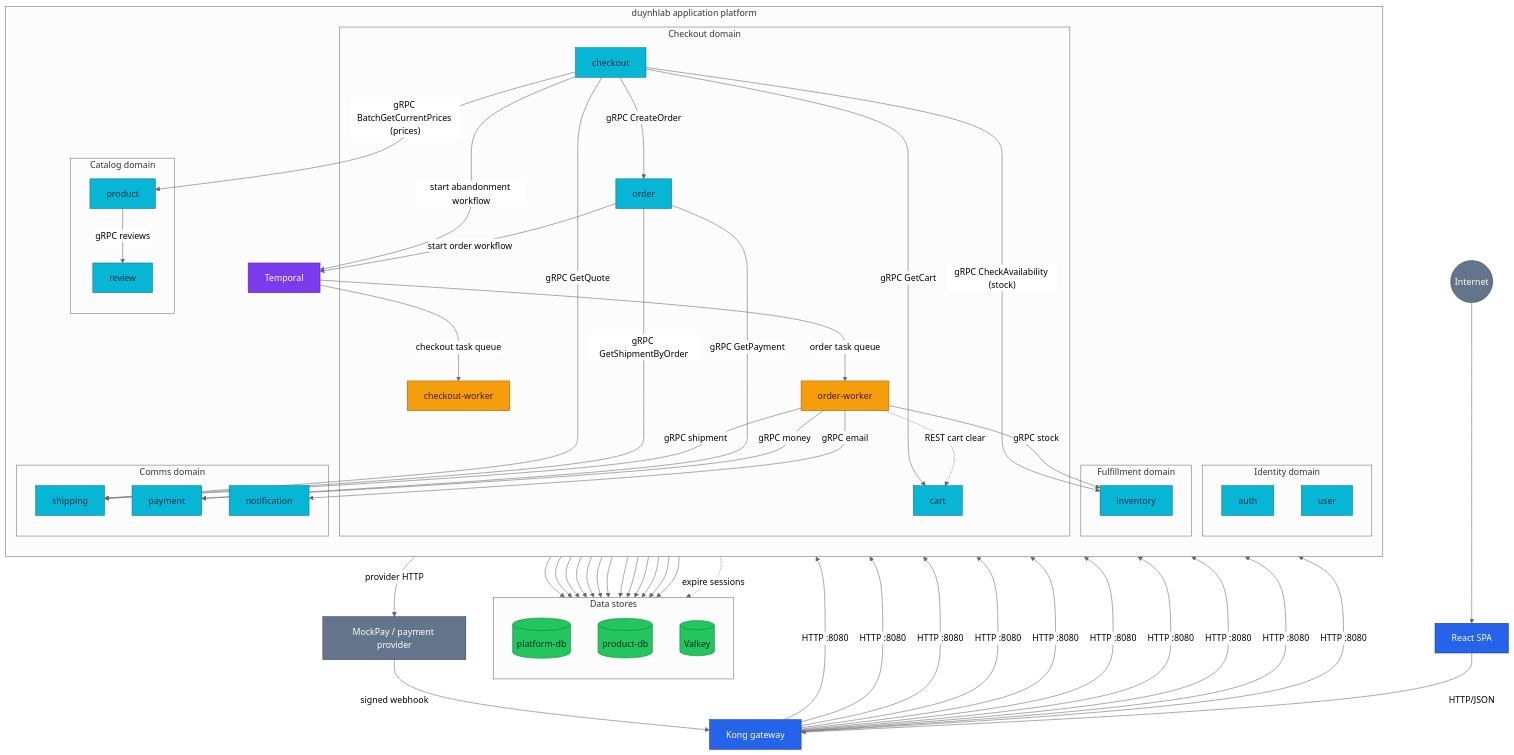
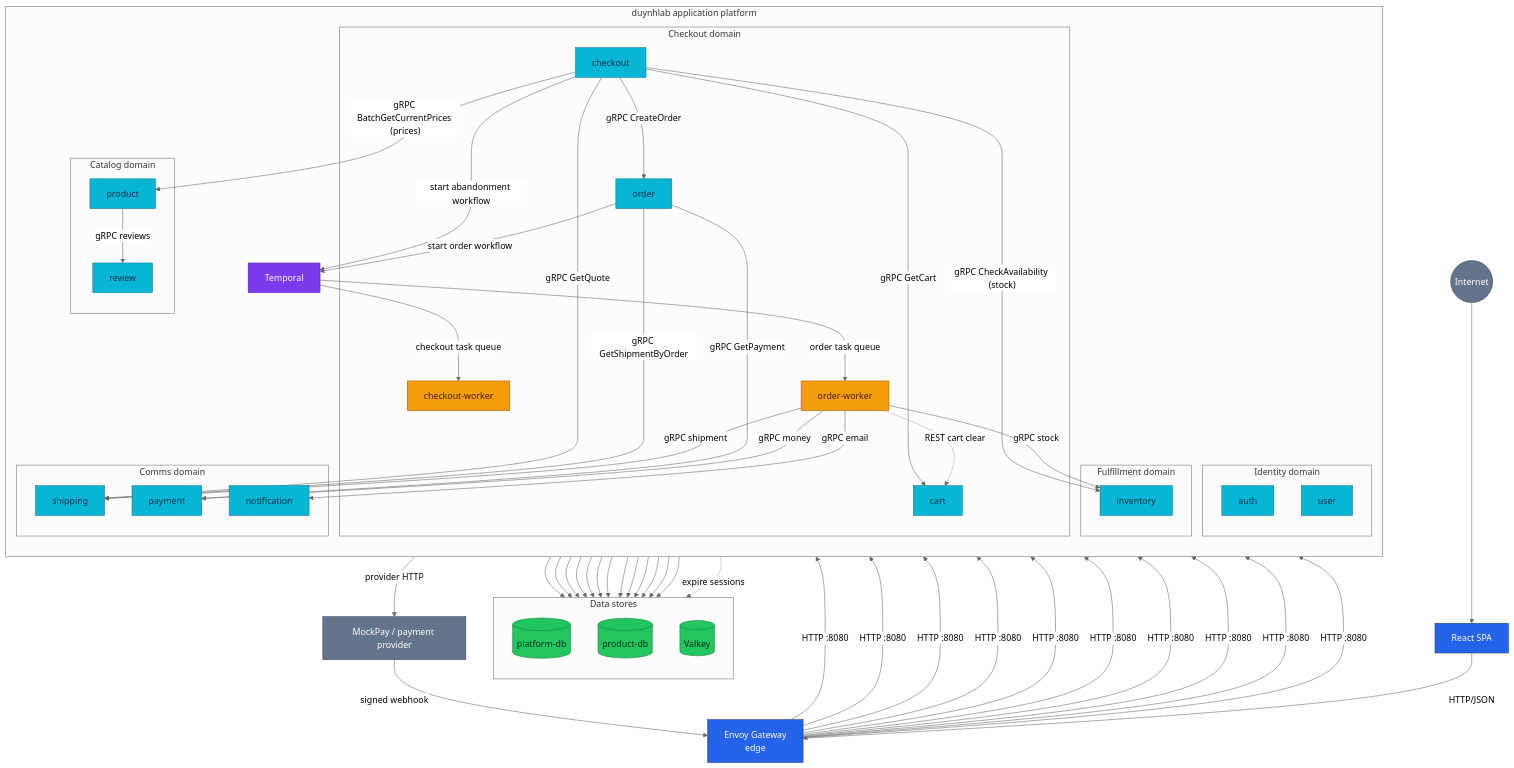
Before and after one commit to duynhlab/homelab: the first of 10 diagrams in docs/api/api.md, drawn with Mermaid (neutral theme). The commit also changed other lines of this file and 28 other files, not shown here.

```diff
--- a/docs/api/api.md
+++ b/docs/api/api.md
@@ -40,8 +40,8 @@
     Internet --> Browser["React SPA"]
 
     %% ===== Layer 3: Gateway =====
-    Browser -->|"HTTP/JSON"| Kong["Kong gateway"]
-    Provider -->|"signed webhook"| Kong
+    Browser -->|"HTTP/JSON"| Edge["Envoy Gateway<br/>edge"]
+    Provider -->|"signed webhook"| Edge
 
     %% ===== Layer 4: Application platform =====
     subgraph Platform["duynhlab application platform"]
@@ -78,17 +78,17 @@
         Temporal["Temporal"]
     end
 
-    %% Kong -> domain entry points
-    Kong -->|"HTTP :8080"| Auth
-    Kong -->|"HTTP :8080"| User
-    Kong -->|"HTTP :8080"| Product
-    Kong -->|"HTTP :8080"| Review
-    Kong -->|"HTTP :8080"| Cart
-    Kong -->|"HTTP :8080"| Checkout
-    Kong -->|"HTTP :8080"| Order
-    Kong -->|"HTTP :8080"| Shipping
-    Kong -->|"HTTP :8080"| Payment
-    Kong -->|"HTTP :8080"| Notification
+    %% Edge -> domain entry points
+    Edge -->|"HTTP :8080"| Auth
+    Edge -->|"HTTP :8080"| User
+    Edge -->|"HTTP :8080"| Product
+    Edge -->|"HTTP :8080"| Review
+    Edge -->|"HTTP :8080"| Cart
+    Edge -->|"HTTP :8080"| Checkout
+    Edge -->|"HTTP :8080"| Order
+    Edge -->|"HTTP :8080"| Shipping
+    Edge -->|"HTTP :8080"| Payment
+    Edge -->|"HTTP :8080"| Notification
 
     %% Synchronous cross-service calls
     Product -->|"gRPC reviews"| Review
@@ -145,7 +145,7 @@
     classDef platform fill:#7c3aed,color:#fff,stroke:#5b21b6;
     classDef data fill:#22c55e,color:#052e16,stroke:#15803d;
     classDef external fill:#64748b,color:#fff,stroke:#334155;
-    class Browser,Kong edge;
+    class Browser,Edge edge;
     class Auth,User,Product,Review,Cart,Checkout,Order,Inventory,Shipping,Payment,Notification service;
     class CheckoutWorker,OrderWorker worker;
     class Temporal platform;
```
